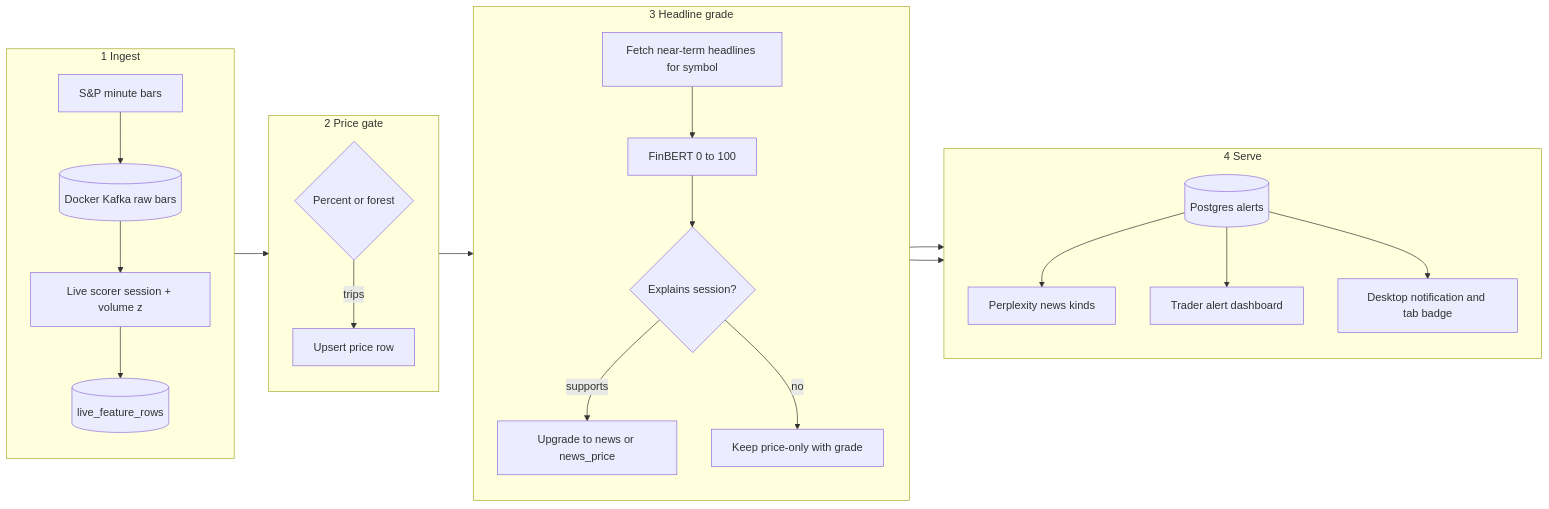
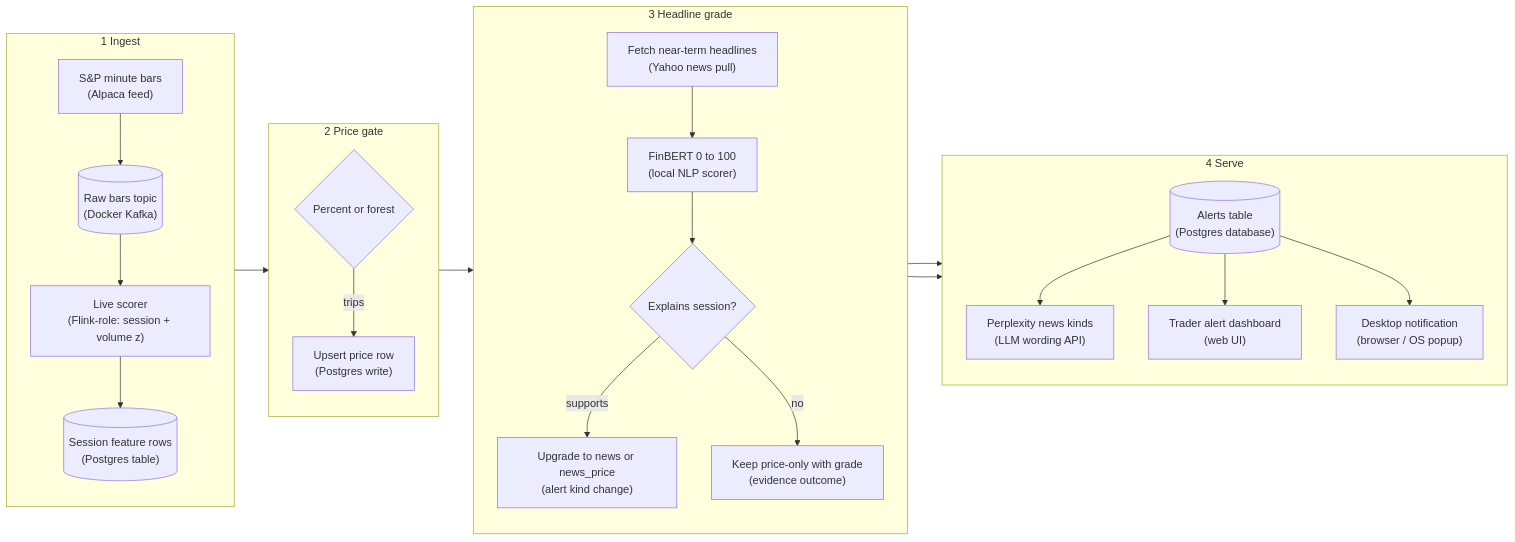
Before and after one commit to sameerde4/ticker-alert-system: the ninth of 10 diagrams in docs/architecture.md, drawn with Mermaid. The commit also changed other lines of this file and 1 other file, not shown here.

First line of the commit message:
Clarify architecture diagram boxes with job plus technical role.

````diff
--- a/docs/architecture.md
+++ b/docs/architecture.md
@@ -433,33 +433,33 @@
 ```mermaid
 flowchart LR
     subgraph ingest [1 Ingest]
         direction TB
-        MKT[S&P minute bars] --> KT[(Docker Kafka raw bars)]
-        KT --> SCORE[Live scorer session + volume z]
-        SCORE --> FEATSTORE[(live_feature_rows)]
+        MKT["S&P minute bars<br/>(Alpaca feed)"] --> KT[("Raw bars topic<br/>(Docker Kafka)")]
+        KT --> SCORE["Live scorer<br/>(Flink-role: session + volume z)"]
+        SCORE --> FEATSTORE[("Session feature rows<br/>(Postgres table)")]
     end
 
     subgraph gate [2 Price gate]
         direction TB
         SCORE --> GATE{Percent or forest}
-        GATE -->|trips| PRICE[Upsert price row]
+        GATE -->|trips| PRICE["Upsert price row<br/>(Postgres write)"]
     end
 
     subgraph news [3 Headline grade]
         direction TB
-        PRICE --> NEWSLOOK[Fetch near-term headlines for symbol]
-        NEWSLOOK --> FINBERT[FinBERT 0 to 100]
+        PRICE --> NEWSLOOK["Fetch near-term headlines<br/>(Yahoo news pull)"]
+        NEWSLOOK --> FINBERT["FinBERT 0 to 100<br/>(local NLP scorer)"]
         FINBERT --> SLICE{Explains session?}
-        SLICE -->|supports| UPGRADE[Upgrade to news or news_price]
-        SLICE -->|no| KEEP[Keep price-only with grade]
+        SLICE -->|supports| UPGRADE["Upgrade to news or news_price<br/>(alert kind change)"]
+        SLICE -->|no| KEEP["Keep price-only with grade<br/>(evidence outcome)"]
     end
 
     subgraph out [4 Serve]
         direction TB
-        UPGRADE --> PG[(Postgres alerts)]
+        UPGRADE --> PG[("Alerts table<br/>(Postgres database)")]
         KEEP --> PG
-        PG --> PPLX[Perplexity news kinds]
-        PG --> DASH[Trader alert dashboard]
-        PG --> NOTIFY[Desktop notification and tab badge]
+        PG --> PPLX["Perplexity news kinds<br/>(LLM wording API)"]
+        PG --> DASH["Trader alert dashboard<br/>(web UI)"]
+        PG --> NOTIFY["Desktop notification<br/>(browser / OS popup)"]
     end
 ```
````
